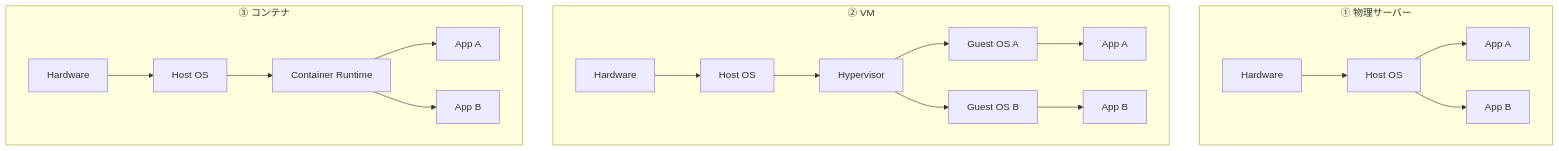
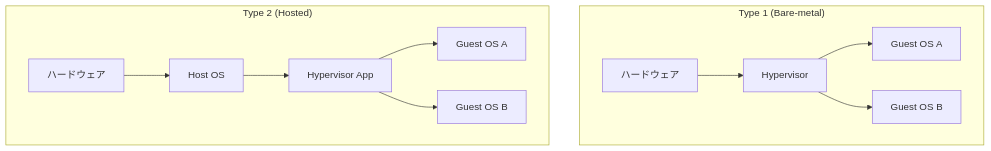
One commit to swallowsaba/introduction-k8s changed the third of 16 diagrams in docs/01-introduction/vm-docker-k8s.md. Above: the diagram before and after it, drawn with Mermaid. The commit also changed other lines of this file and 12 other files, not shown here.

````diff
--- a/docs/01-introduction/vm-docker-k8s.md
+++ b/docs/01-introduction/vm-docker-k8s.md
@@ -23,16 +106,19 @@
 ```mermaid
 flowchart TB
-    subgraph A["① 物理サーバー"]
-        h1[Hardware] --> os1[Host OS] --> app1[App A] & app2[App B]
+    subgraph type1["Type 1 (Bare-metal)"]
+        hw1[ハードウェア]
+        hv1[Hypervisor]
+        hw1 --> hv1
+        hv1 --> g1[Guest OS A]
+        hv1 --> g2[Guest OS B]
     end
-    subgraph B["② VM"]
-        h2[Hardware] --> os2[Host OS] --> hyp[Hypervisor]
-        hyp --> g1[Guest OS A] --> a1[App A]
-        hyp --> g2[Guest OS B] --> a2[App B]
-    end
-    subgraph C["③ コンテナ"]
-        h3[Hardware] --> os3[Host OS] --> rt[Container Runtime]
-        rt --> c1[App A]
-        rt --> c2[App B]
+    subgraph type2["Type 2 (Hosted)"]
+        hw2[ハードウェア]
+        host[Host OS]
+        hv2[Hypervisor App]
+        hw2 --> host
+        host --> hv2
+        hv2 --> g3[Guest OS A]
+        hv2 --> g4[Guest OS B]
     end
 ```
````
